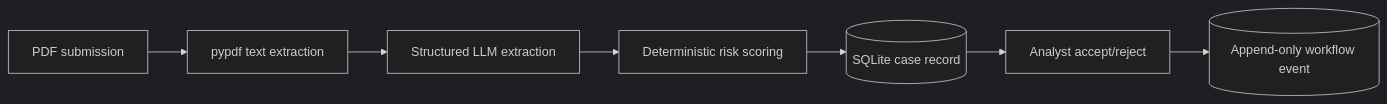
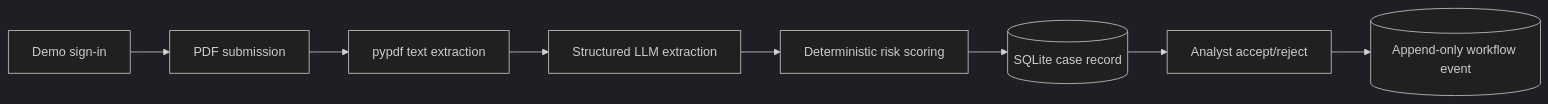
Before and after one commit to ebtenorio-myridius/geniushack3: the diagram in docs/presentation/deck.md, drawn with Mermaid (dark theme). The commit also changed other lines of this file and 5 other files, not shown here.

````diff
--- a/docs/presentation/deck.md
+++ b/docs/presentation/deck.md
@@ -33,9 +32,10 @@
 ```mermaid
 flowchart LR
-    PDF[PDF submission] --> TEXT[pypdf text extraction]
+    AUTH[Demo sign-in] --> PDF[PDF submission]
+    PDF --> TEXT[pypdf text extraction]
     TEXT --> LLM[Structured LLM extraction]
     LLM --> SCORE[Deterministic risk scoring]
     SCORE --> CASE[(SQLite case record)]
     CASE --> REVIEW[Analyst accept/reject]
     REVIEW --> AUDIT[(Append-only workflow event)]
 ```
````
